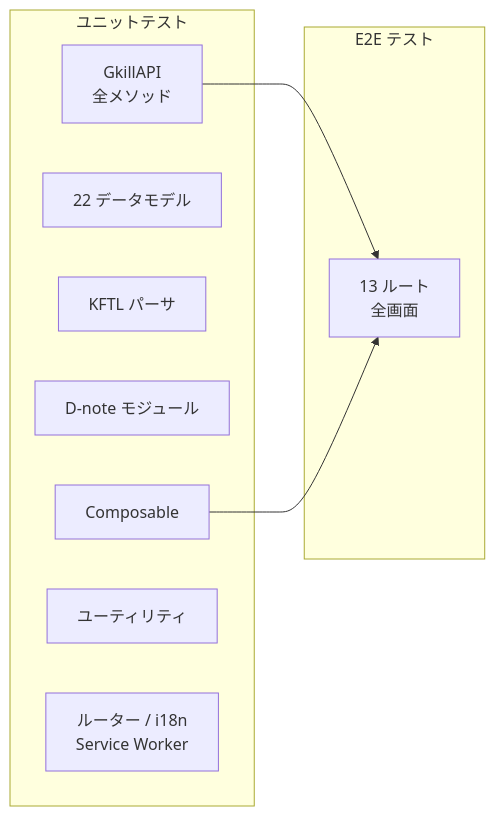
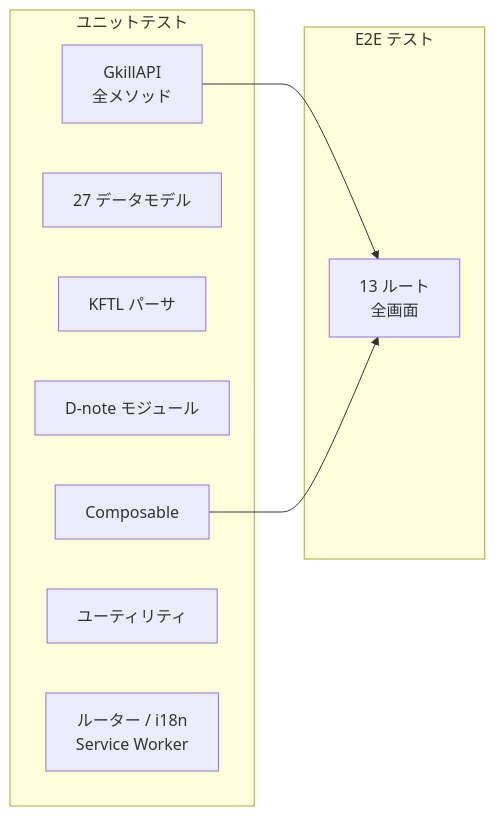
The second of 2 diagrams in documents/reverse/testing-guide.md (mt3hr/gkill), drawn with Mermaid before and after one commit. The commit also changed other lines of this file and 146 other files, not shown here.

````diff
--- a/documents/reverse/testing-guide.md
+++ b/documents/reverse/testing-guide.md
@@ -443,19 +458,19 @@
 ```mermaid
 graph LR
     subgraph "ユニットテスト"
         F1[GkillAPI<br/>全メソッド]
-        F2[22 データモデル]
+        F2[27 データモデル]
         F3[KFTL パーサ]
         F4[D-note モジュール]
         F5[Composable]
         F6[ユーティリティ]
         F7[ルーター / i18n<br/>Service Worker]
     end
 
     subgraph "E2E テスト"
         E1[13 ルート<br/>全画面]
     end
 
     F1 --> E1
     F5 --> E1
 ```
````
